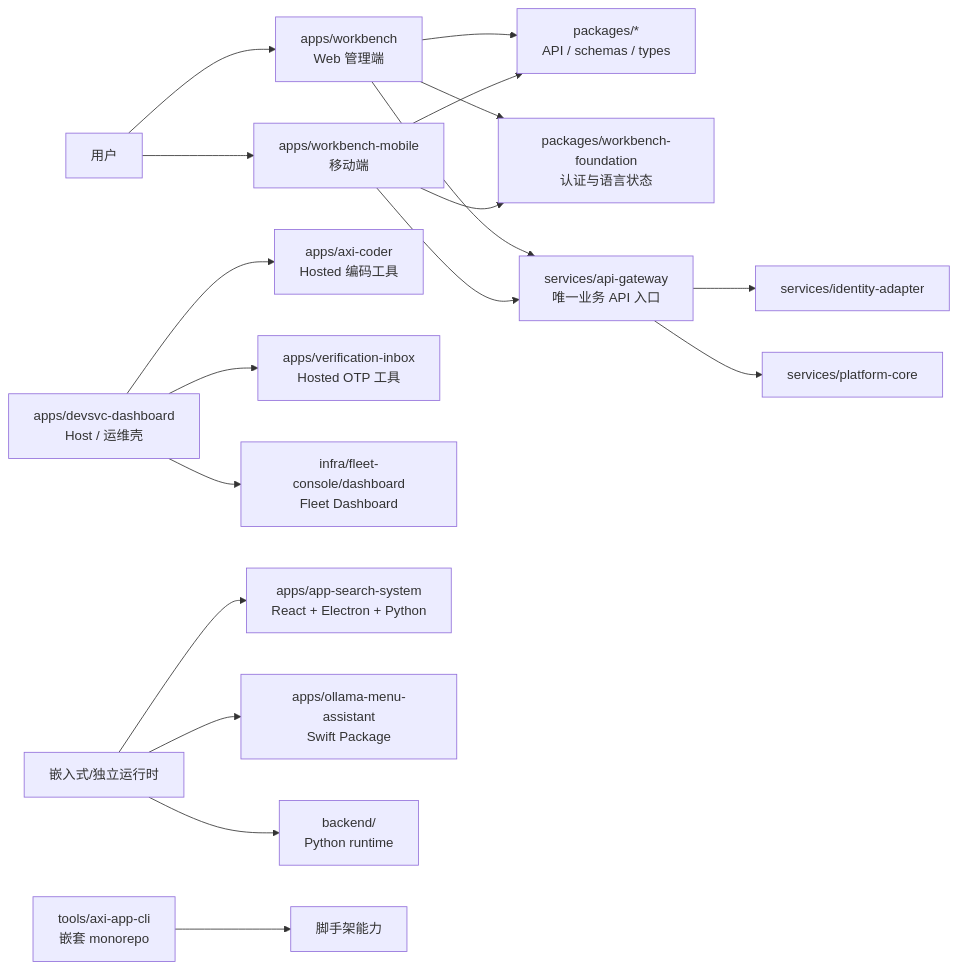
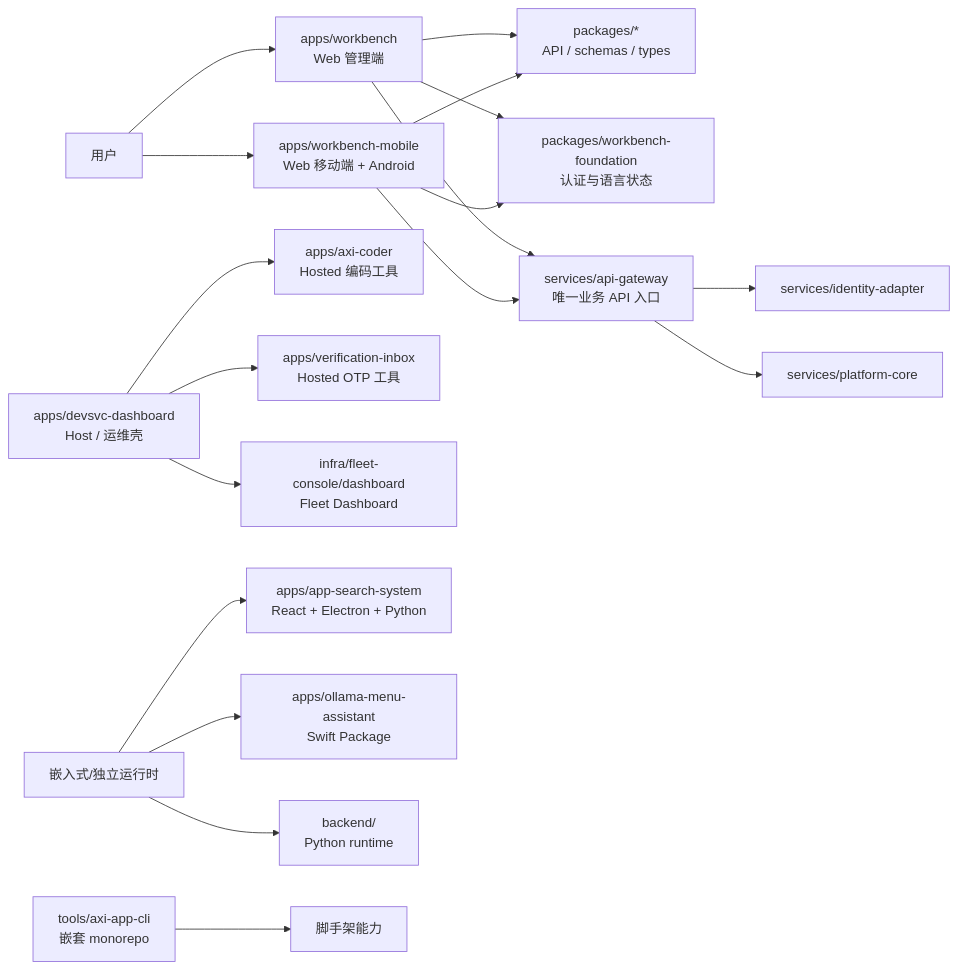
Before and after one commit to MoseLu/axi-workbench: the diagram in docs/architecture/source-catalog.md, drawn with Mermaid. The commit also changed other lines of this file and 118 other files, not shown here.

First line of the commit message:
feat(mobile): consolidate native Android into monorepo

````diff
--- a/docs/architecture/source-catalog.md
+++ b/docs/architecture/source-catalog.md
@@ -18,20 +18,20 @@
 ```mermaid
 flowchart LR
   User[用户] --> Web["apps/workbench\nWeb 管理端"]
-  User --> Mobile["apps/workbench-mobile\n移动端"]
+  User --> Mobile["apps/workbench-mobile\nWeb 移动端 + Android"]
   Host["apps/devsvc-dashboard\nHost / 运维壳"] --> Coder["apps/axi-coder\nHosted 编码工具"]
   Host --> Inbox["apps/verification-inbox\nHosted OTP 工具"]
   Host --> Fleet["infra/fleet-console/dashboard\nFleet Dashboard"]
   Web --> Contracts["packages/*\nAPI / schemas / types"]
   Mobile --> Contracts
   Web --> Foundation["packages/workbench-foundation\n认证与语言状态"]
   Mobile --> Foundation
   Web --> Gateway["services/api-gateway\n唯一业务 API 入口"]
   Mobile --> Gateway
   Gateway --> Identity["services/identity-adapter"]
   Gateway --> Core["services/platform-core"]
   Embedded["嵌入式/独立运行时"] --> Search["apps/app-search-system\nReact + Electron + Python"]
   Embedded --> Ollama["apps/ollama-menu-assistant\nSwift Package"]
   Embedded --> Backend["backend/\nPython runtime"]
   Tools["tools/axi-app-cli\n嵌套 monorepo"] --> Scaffold[脚手架能力]
 ```
````
